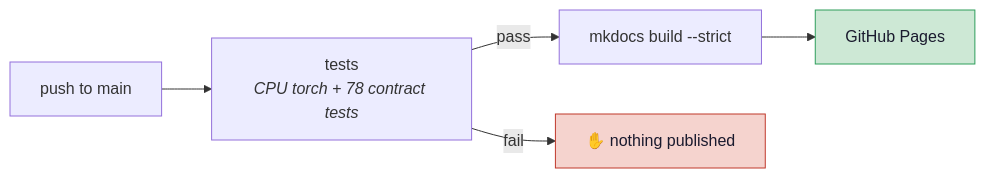
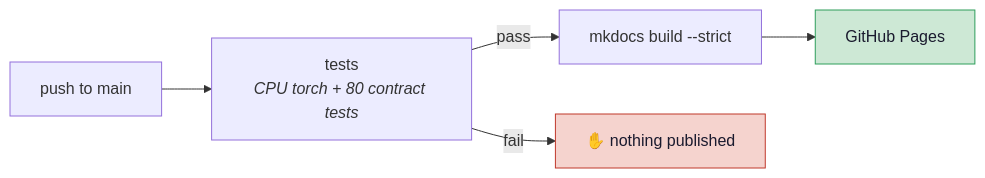
The second of 2 diagrams in docs/development.md (sabrinahartung/verifai-medical), drawn with Mermaid before and after one commit. The commit also changed 5 other files, not shown here.

````diff
--- a/docs/development.md
+++ b/docs/development.md
@@ -78,9 +78,9 @@
 ```mermaid
 flowchart LR
-    P["push to main"] --> T["tests<br/><i>CPU torch + 78 contract tests</i>"]
+    P["push to main"] --> T["tests<br/><i>CPU torch + 80 contract tests</i>"]
     T -->|pass| D["mkdocs build --strict"]
     T -->|fail| X["✋ nothing published"]
     D --> G["GitHub Pages"]
     style X fill:#F5D3CE,stroke:#C0392B,color:#1a1a2e
     style G fill:#CDE8D5,stroke:#2E9E5B,color:#1a1a2e
 ```
````
